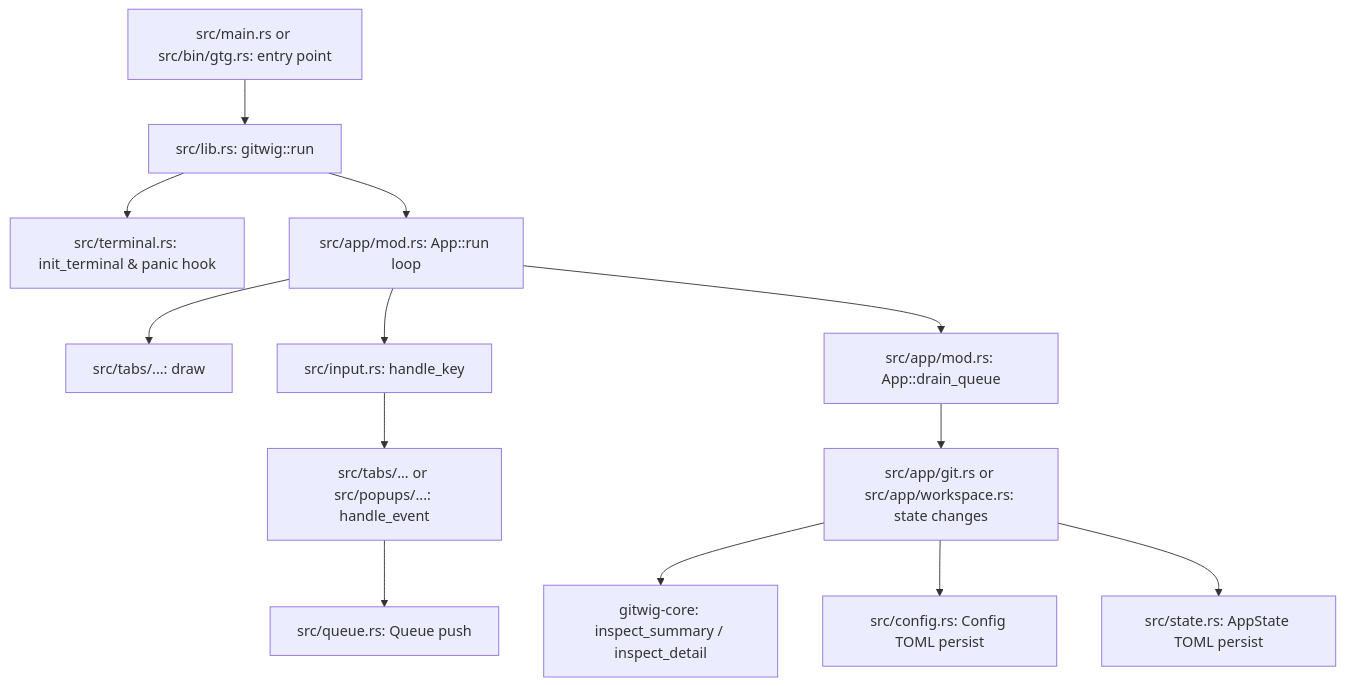
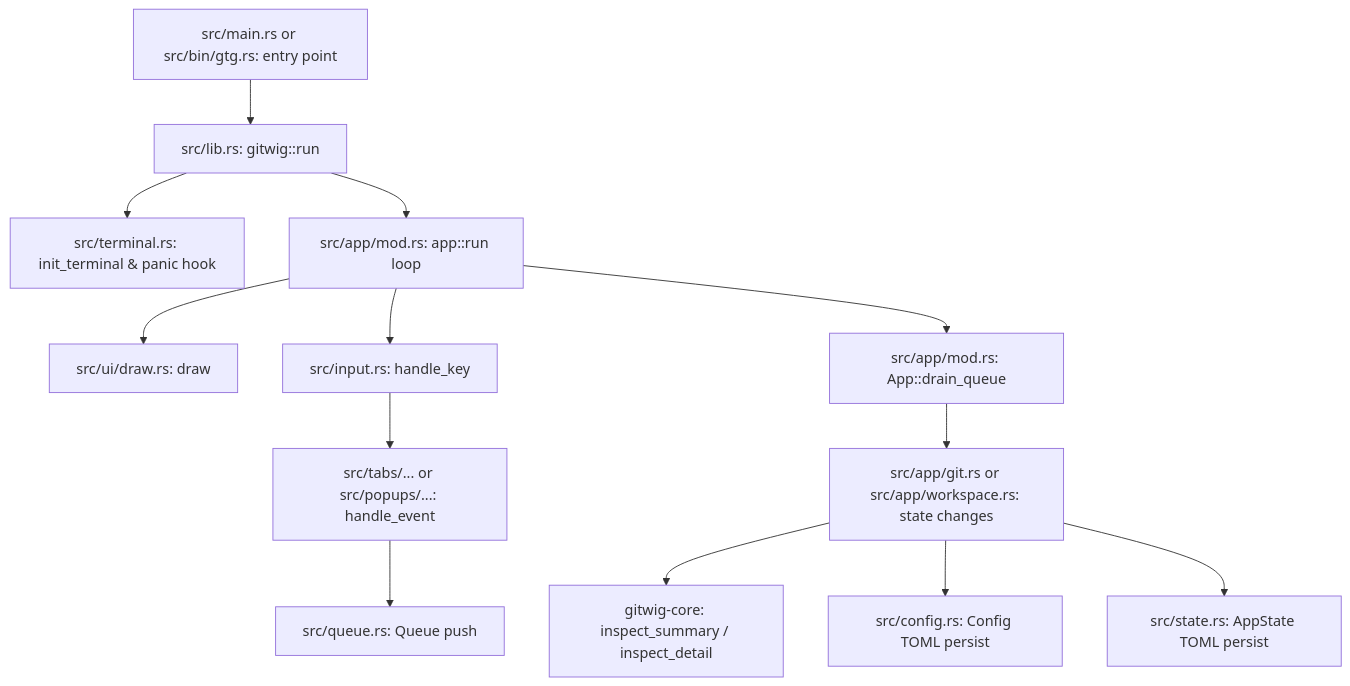
One commit to tareqmy/gitwig changed the diagram in .agent/CODEMAP.md. Above: the diagram before and after it, drawn with Mermaid. The commit also changed other lines of this file and 32 other files, not shown here.

````diff
--- a/.agent/CODEMAP.md
+++ b/.agent/CODEMAP.md
@@ -11,15 +11,15 @@
 ```mermaid
 graph TD
     main[src/main.rs or src/bin/gtg.rs: entry point] --> lib_run[src/lib.rs: gitwig::run]
     lib_run --> term_init[src/terminal.rs: init_terminal & panic hook]
-    lib_run --> app_run[src/app/mod.rs: App::run loop]
-    app_run --> render[src/tabs/...: draw]
+    lib_run --> app_run[src/app/mod.rs: app::run loop]
+    app_run --> render[src/ui/draw.rs: draw]
     app_run --> input[src/input.rs: handle_key]
     input --> event_dispatch[src/tabs/... or src/popups/...: handle_event]
     event_dispatch --> queue[src/queue.rs: Queue push]
     app_run --> drain_queue[src/app/mod.rs: App::drain_queue]
     drain_queue --> state_mutation[src/app/git.rs or src/app/workspace.rs: state changes]
     state_mutation --> core_inspect[gitwig-core: inspect_summary / inspect_detail]
     state_mutation --> config_save[src/config.rs: Config TOML persist]
     state_mutation --> state_save[src/state.rs: AppState TOML persist]
 ```
````
